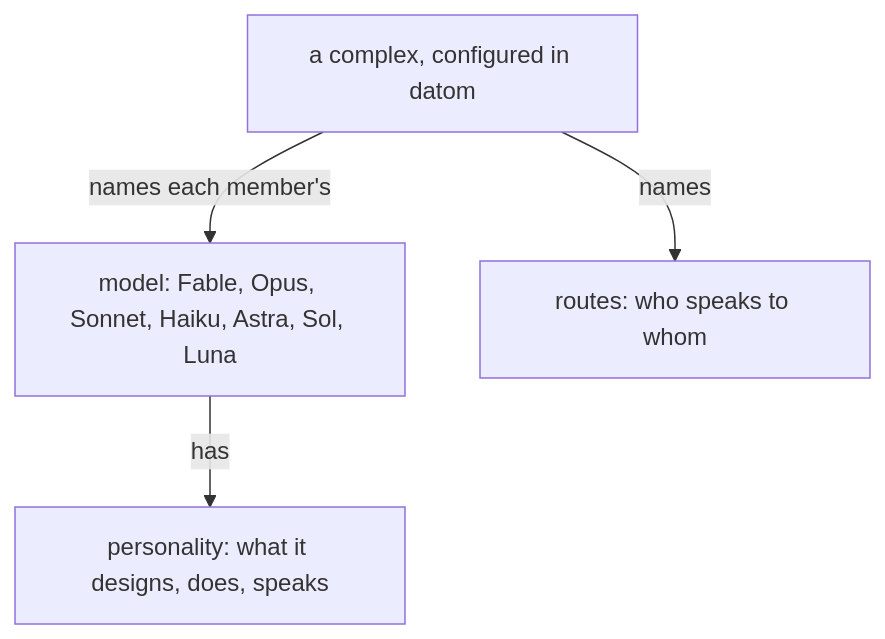
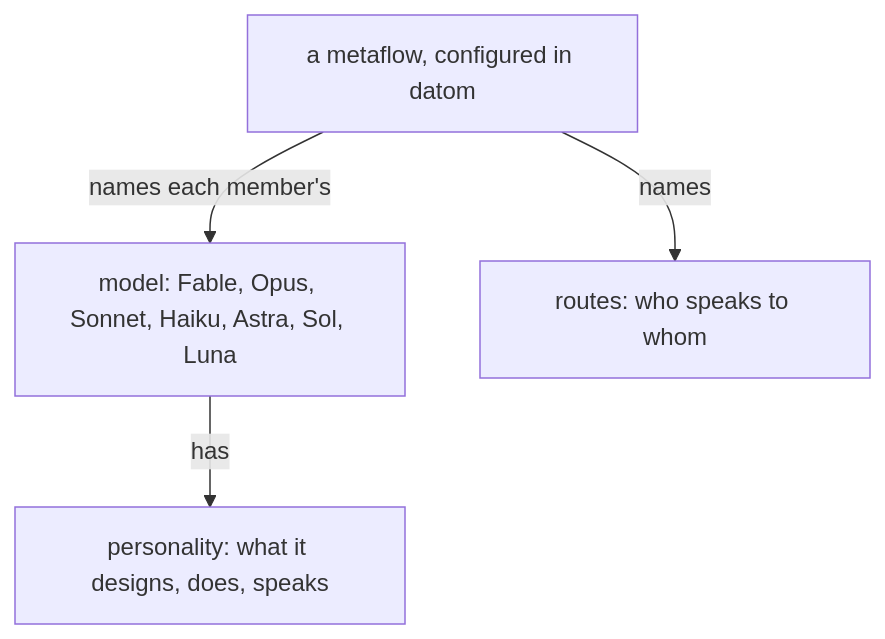
Before and after one commit to LiGoldragon/psyche-belief: the diagram in vision/model-roles.md, drawn with Mermaid. The commit also changed other lines of this file and 5 other files, not shown here.

````diff
--- a/vision/model-roles.md
+++ b/vision/model-roles.md
@@ -18,6 +18,6 @@
 ```mermaid
 flowchart TB
-    c["a complex, configured in datom"] -- "names each member's" --> m["model: Fable, Opus, Sonnet, Haiku, Astra, Sol, Luna"]
+    c["a metaflow, configured in datom"] -- "names each member's" --> m["model: Fable, Opus, Sonnet, Haiku, Astra, Sol, Luna"]
     m -- "has" --> p["personality: what it designs, does, speaks"]
     c -- "names" --> r["routes: who speaks to whom"]
 ```
````
